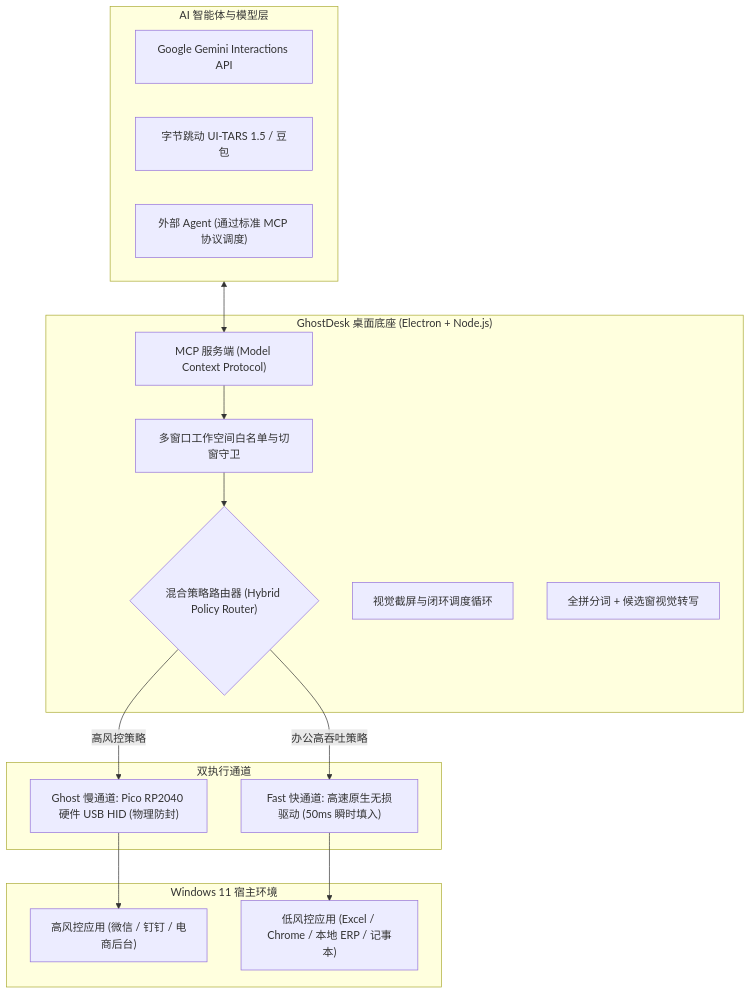
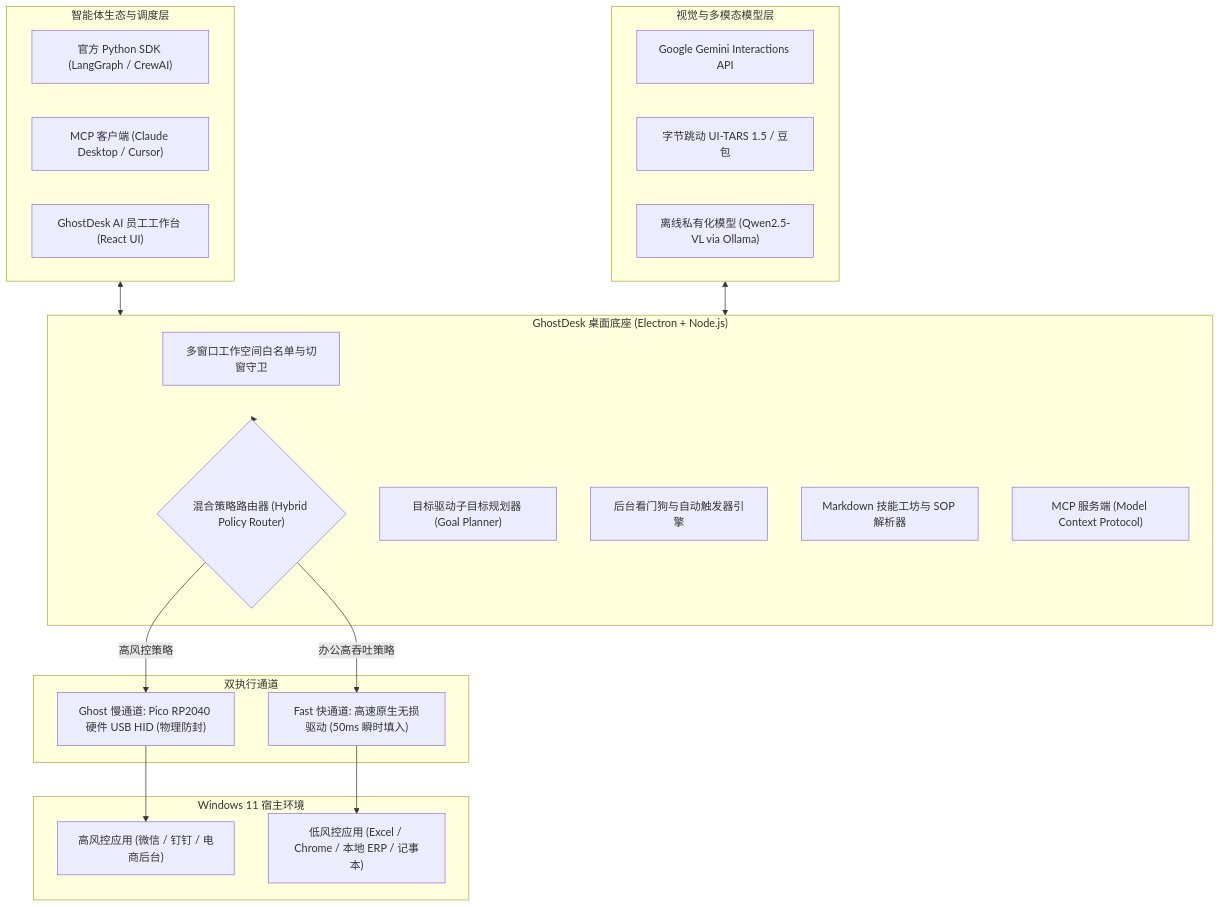
The diagram in README_CN.md (AIMarshallLee/GhostDesk), drawn with Mermaid before and after one commit. The commit also changed other lines of this file and 27 other files, not shown here.

Commit message:
feat(v1.0.0): autonomous worker studio, python sdk, local vlm adapter, and markdown skill hub

````diff
--- a/README_CN.md
+++ b/README_CN.md
@@ -37,34 +39,41 @@
 ```mermaid
 graph TD
-    subgraph AI大脑与智能调度 ["AI 智能体与模型层"]
-        M1["Google Gemini Interactions API"]
-        M2["字节跳动 UI-TARS 1.5 / 豆包"]
-        M3["外部 Agent (通过标准 MCP 协议调度)"]
+    subgraph Agent生态与调度 ["智能体生态与调度层"]
+        PY["官方 Python SDK (LangGraph / CrewAI)"]
+        MCP_CLIENT["MCP 客户端 (Claude Desktop / Cursor)"]
+        STUDIO["GhostDesk AI 员工工作台 (React UI)"]
+    end
+
+    subgraph 视觉与模型引擎 ["视觉与多模态模型层"]
+        GEMINI["Google Gemini Interactions API"]
+        UITARS["字节跳动 UI-TARS 1.5 / 豆包"]
+        LOCAL_VLM["离线私有化模型 (Qwen2.5-VL via Ollama)"]
     end
 
     subgraph 桌面执行底座 ["GhostDesk 桌面底座 (Electron + Node.js)"]
         WM["多窗口工作空间白名单与切窗守卫"]
         PR{"混合策略路由器 (Hybrid Policy Router)"}
-        VLM["视觉截屏与闭环调度循环"]
-        IME["全拼分词 + 候选窗视觉转写"]
-        MCP["MCP 服务端 (Model Context Protocol)"]
+        PLANNER["目标驱动子目标规划器 (Goal Planner)"]
+        WATCHDOG["后台看门狗与自动触发器引擎"]
+        SKILL_HUB["Markdown 技能工坊与 SOP 解析器"]
+        MCP_SERVER["MCP 服务端 (Model Context Protocol)"]
     end
 
     subgraph 双执行通道 ["双执行通道"]
         PICO["Ghost 慢通道: Pico RP2040 硬件 USB HID (物理防封)"]
         FAST["Fast 快通道: 高速原生无损驱动 (50ms 瞬时填入)"]
     end
 
     subgraph 操作系统与目标应用 ["Windows 11 宿主环境"]
         SENSITIVE["高风控应用 (微信 / 钉钉 / 电商后台)"]
         OFFICE["低风控应用 (Excel / Chrome / 本地 ERP / 记事本)"]
     end
 
-    AI大脑与智能调度 <--> MCP
-    MCP --> WM
-    WM --> PR
+    Agent生态与调度 <--> 桌面执行底座
+    视觉与模型引擎 <--> 桌面执行底座
+    桌面执行底座 --> PR
     PR -->|"高风控策略"| PICO
     PR -->|"办公高吞吐策略"| FAST
     PICO --> SENSITIVE
     FAST --> OFFICE
 ```
````
